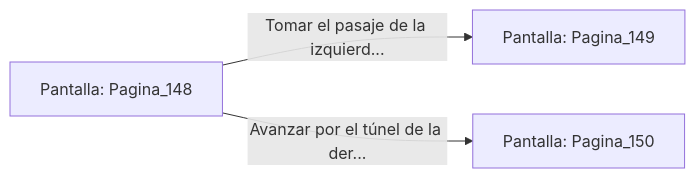
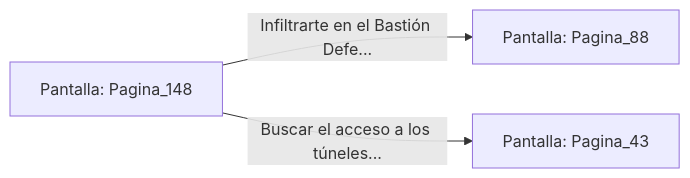
The diagram in sample/eligejuego-vault/Pantalla_Pagina_148.md (metsuke/mpl), drawn with Mermaid before and after one commit. The commit also changed other lines of this file and 635 other files, not shown here.

First line of the commit message:
fix: añadir Pagina_1 como pantalla inicial en capitulo_01.mpl

````diff
--- a/sample/eligejuego-vault/Pantalla_Pagina_148.md
+++ b/sample/eligejuego-vault/Pantalla_Pagina_148.md
@@ -20,6 +22,6 @@
 ```mermaid
 graph LR
     P_Pagina_148["Pantalla: Pagina_148"]
-    P_Pagina_148 -->|"Tomar el pasaje de la izquierd..."| P_Pagina_149["Pantalla: Pagina_149"]
-    P_Pagina_148 -->|"Avanzar por el túnel de la der..."| P_Pagina_150["Pantalla: Pagina_150"]
+    P_Pagina_148 -->|"Infiltrarte en el Bastión Defe..."| P_Pagina_88["Pantalla: Pagina_88"]
+    P_Pagina_148 -->|"Buscar el acceso a los túneles..."| P_Pagina_43["Pantalla: Pagina_43"]
 ```
````
